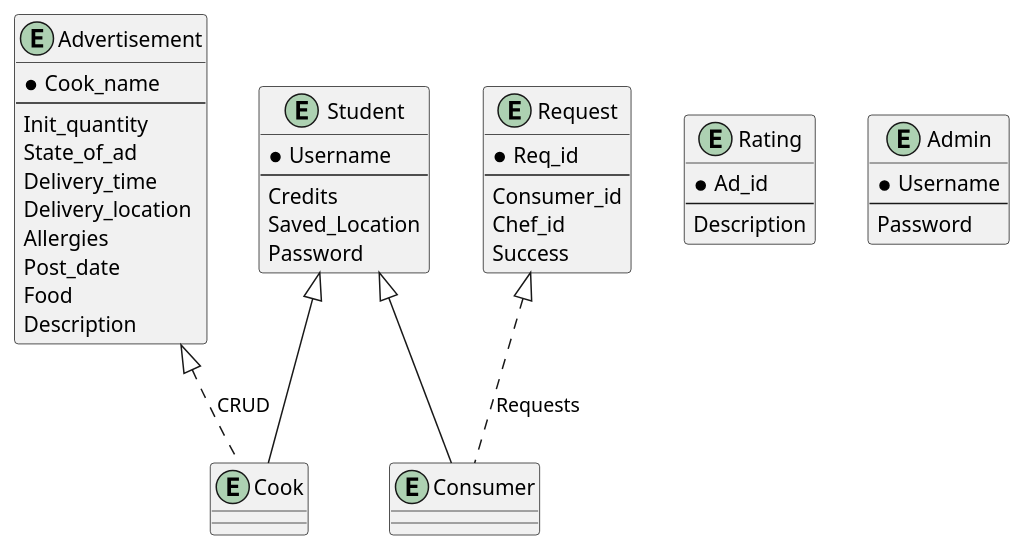
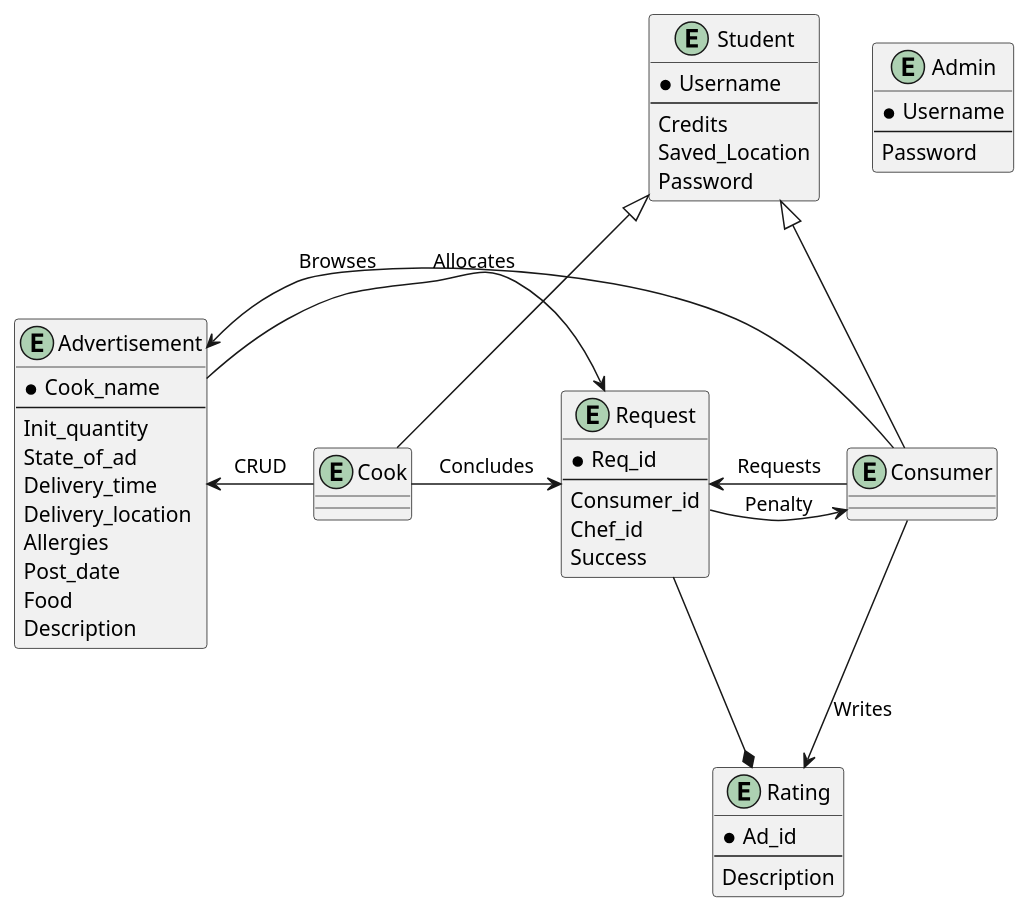
One commit to RubenKingCP/UniBite changed the diagram in ER/ER.puml. Above: the diagram before and after it, drawn with PlantUML. The commit also changed 1 other file, not shown here.

```diff
--- a/ER/ER.puml
+++ b/ER/ER.puml
@@ -1,54 +1,58 @@
-@startuml
+@startuml name 
 
 entity Student {
   *Username
   --
   Credits
   Saved_Location
   Password
 }
 
 entity Cook
 entity Consumer
 
 entity Advertisement {
   *Cook_name
   --
   Init_quantity
   State_of_ad
   Delivery_time
   Delivery_location
   Allergies
   Post_date
   Food
   Description
 }
 
 entity Request {
   *Req_id
   --
   Consumer_id
   Chef_id
   Success
 }
 
 entity Rating {
   *Ad_id
   --
   Description
 }
 
 entity Admin {
   *Username
   --
   Password
 }
 
 Student <|-- Cook
 Student <|-- Consumer
-Advertisement <|.. Cook : CRUD
-Request <|.. Consumer : Requests
-
-
+Advertisement <- Cook : CRUD
+Request <- Consumer : Requests
+Cook -> Request : Concludes
+Request -> Consumer : Penalty
+Consumer -> Advertisement : Browses
+Rating *-- Request
+Consumer -> Rating : Writes
+Advertisement -> Request : Allocates
 
 @enduml
```
